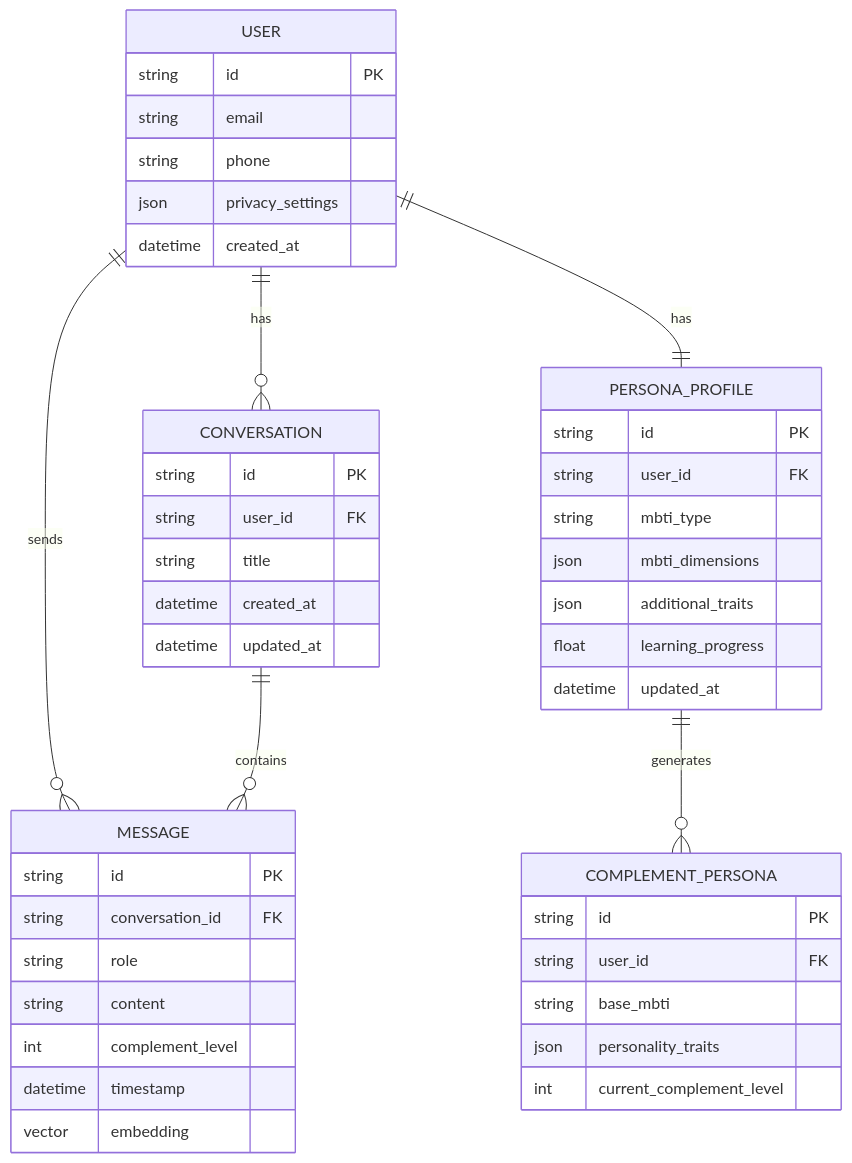
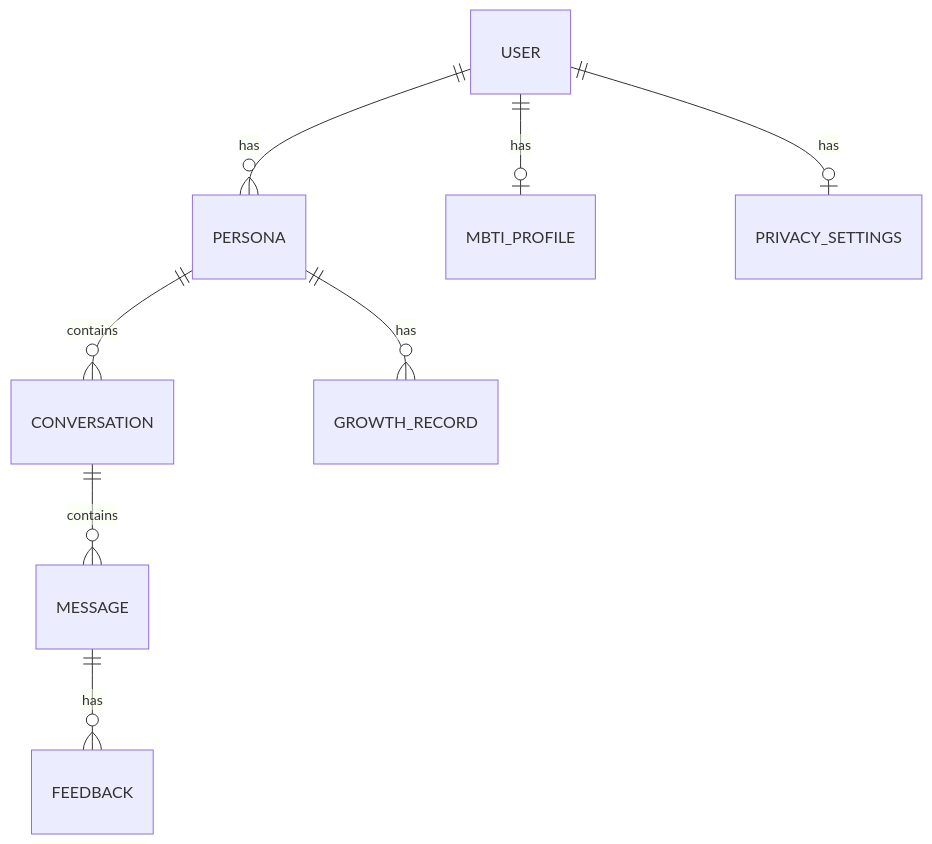
The second of 2 diagrams in Technical-Architecture.md (Gech93/-), drawn with Mermaid before and after one commit. The commit also changed other lines of this file, not shown here.

````diff
--- a/Technical-Architecture.md
+++ b/Technical-Architecture.md
@@ -139,52 +78,10 @@
 ```mermaid
 erDiagram
-    USER ||--o{ CONVERSATION : has
-    USER ||--|| PERSONA_PROFILE : has
-    USER ||--o{ MESSAGE : sends
+    USER ||--o{ PERSONA : has
+    USER ||--o| MBTI_PROFILE : has
+    PERSONA ||--o{ CONVERSATION : contains
     CONVERSATION ||--o{ MESSAGE : contains
-    PERSONA_PROFILE ||--o{ COMPLEMENT_PERSONA : generates
-    
-    USER {
-        string id PK
-        string email
-        string phone
-        json privacy_settings
-        datetime created_at
-    }
-    
-    PERSONA_PROFILE {
-        string id PK
-        string user_id FK
-        string mbti_type
-        json mbti_dimensions
-        json additional_traits
-        float learning_progress
-        datetime updated_at
-    }
-    
-    COMPLEMENT_PERSONA {
-        string id PK
-        string user_id FK
-        string base_mbti
-        json personality_traits
-        int current_complement_level
-    }
-    
-    CONVERSATION {
-        string id PK
-        string user_id FK
-        string title
-        datetime created_at
-        datetime updated_at
-    }
-    
-    MESSAGE {
-        string id PK
-        string conversation_id FK
-        string role
-        string content
-        int complement_level
-        datetime timestamp
-        vector embedding
-    }
+    MESSAGE ||--o{ FEEDBACK : has
+    PERSONA ||--o{ GROWTH_RECORD : has
+    USER ||--o| PRIVACY_SETTINGS : has
 ```
````
